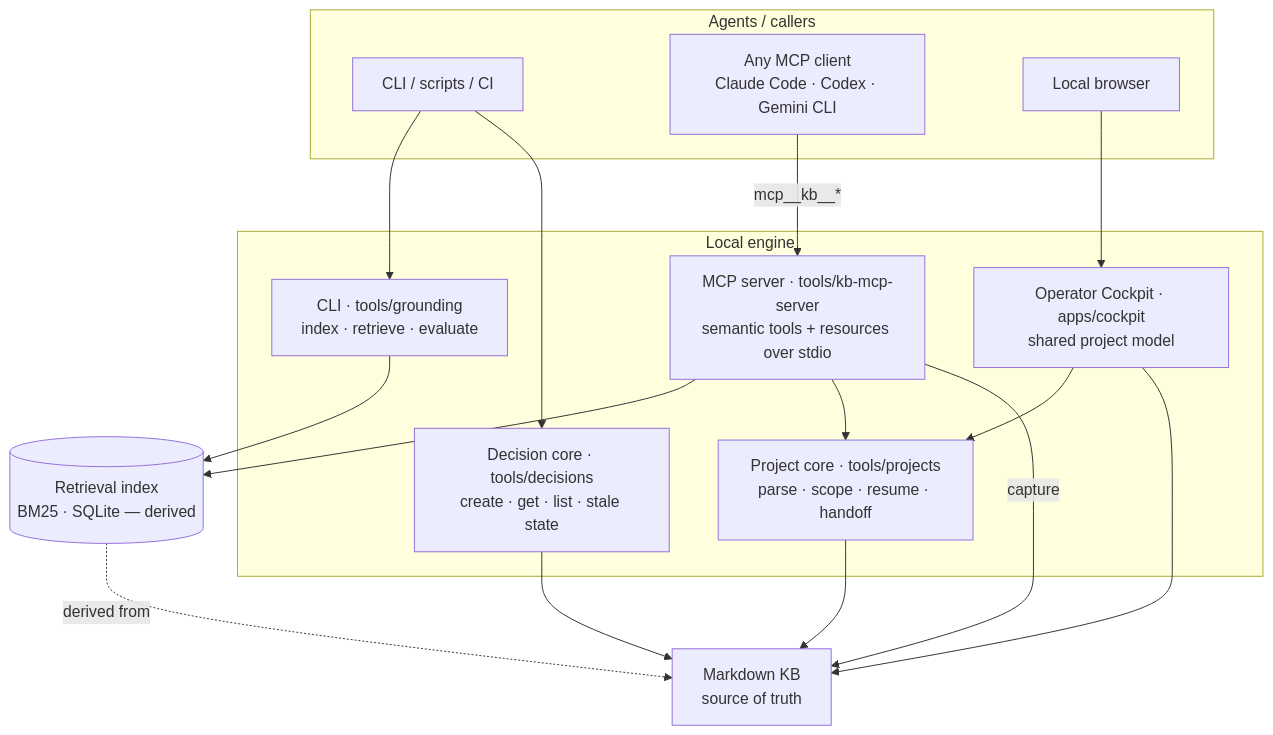
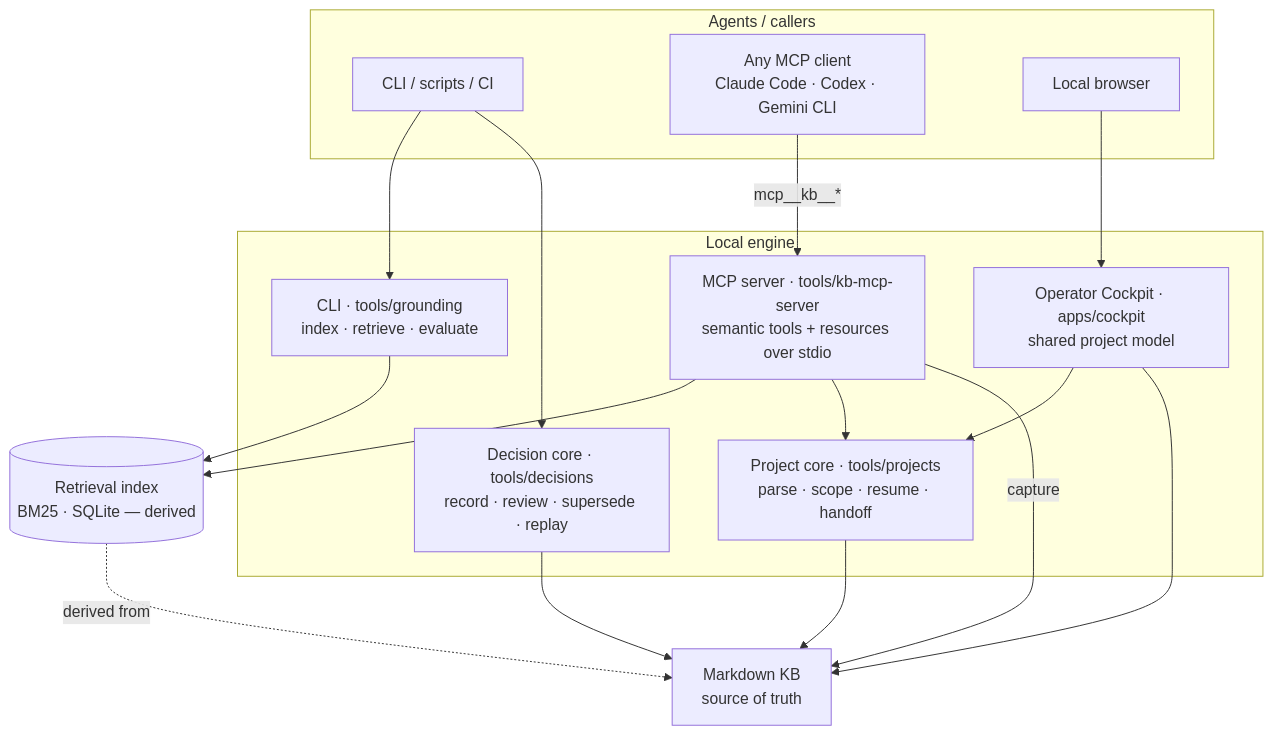
Before and after one commit to dimosgit/grounded-knowledge-engine: the second of 2 diagrams in docs/architecture.md, drawn with Mermaid. The commit also changed other lines of this file and 54 other files, not shown here.

Commit message:
feat: add workspace vaults and decision replay

````diff
--- a/docs/architecture.md
+++ b/docs/architecture.md
@@ -42,33 +42,33 @@
 ```mermaid
 flowchart TB
     subgraph clients[Agents / callers]
       CLI_USER[CLI / scripts / CI]
       AGENT[Any MCP client<br/>Claude Code · Codex · Gemini CLI]
       USER[Local browser]
     end
 
     subgraph engine[Local engine]
       CLI[CLI · tools/grounding<br/>index · retrieve · evaluate]
       PROJECTS[Project core · tools/projects<br/>parse · scope · resume · handoff]
-      DECISIONS[Decision core · tools/decisions<br/>create · get · list · stale state]
+      DECISIONS[Decision core · tools/decisions<br/>record · review · supersede · replay]
       MCP[MCP server · tools/kb-mcp-server<br/>semantic tools + resources over stdio]
       COCKPIT[Operator Cockpit · apps/cockpit<br/>shared project model]
     end
 
     IDX[(Retrieval index<br/>BM25 · SQLite — derived)]
     KB[Markdown KB<br/>source of truth]
 
     CLI_USER --> CLI
     CLI_USER --> DECISIONS
     AGENT -->|mcp__kb__*| MCP
     USER --> COCKPIT
     CLI --> IDX
     MCP --> IDX
     MCP --> PROJECTS
     COCKPIT --> PROJECTS
     IDX -.derived from.-> KB
     MCP -->|capture| KB
     PROJECTS --> KB
     DECISIONS --> KB
     COCKPIT --> KB
 ```
````
